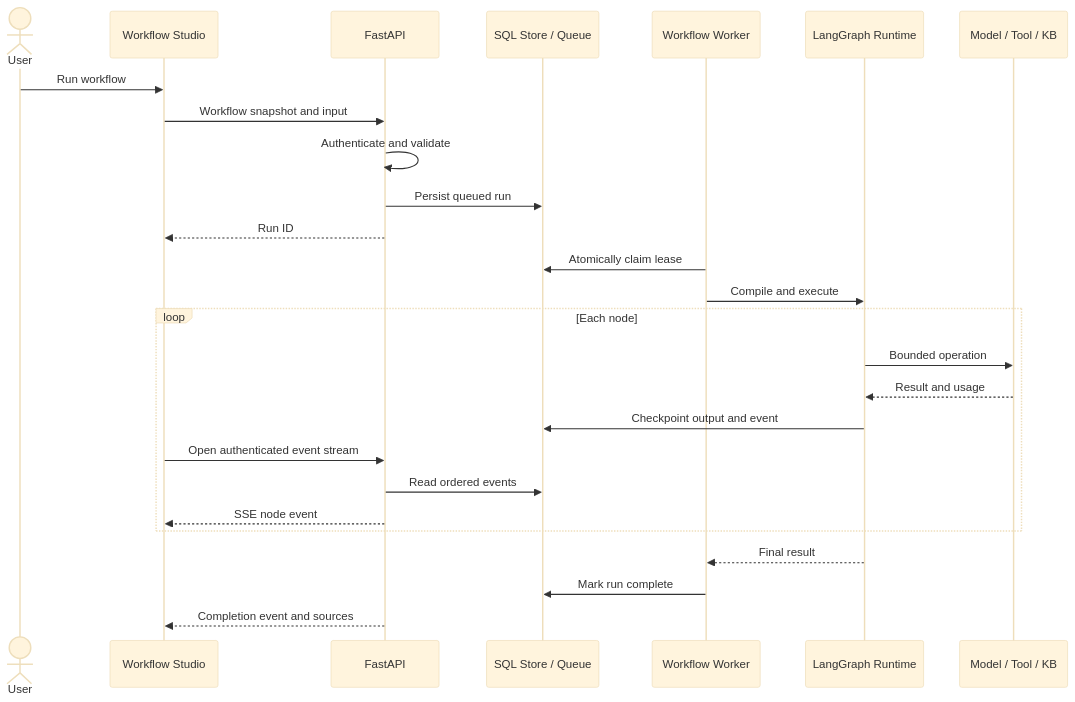
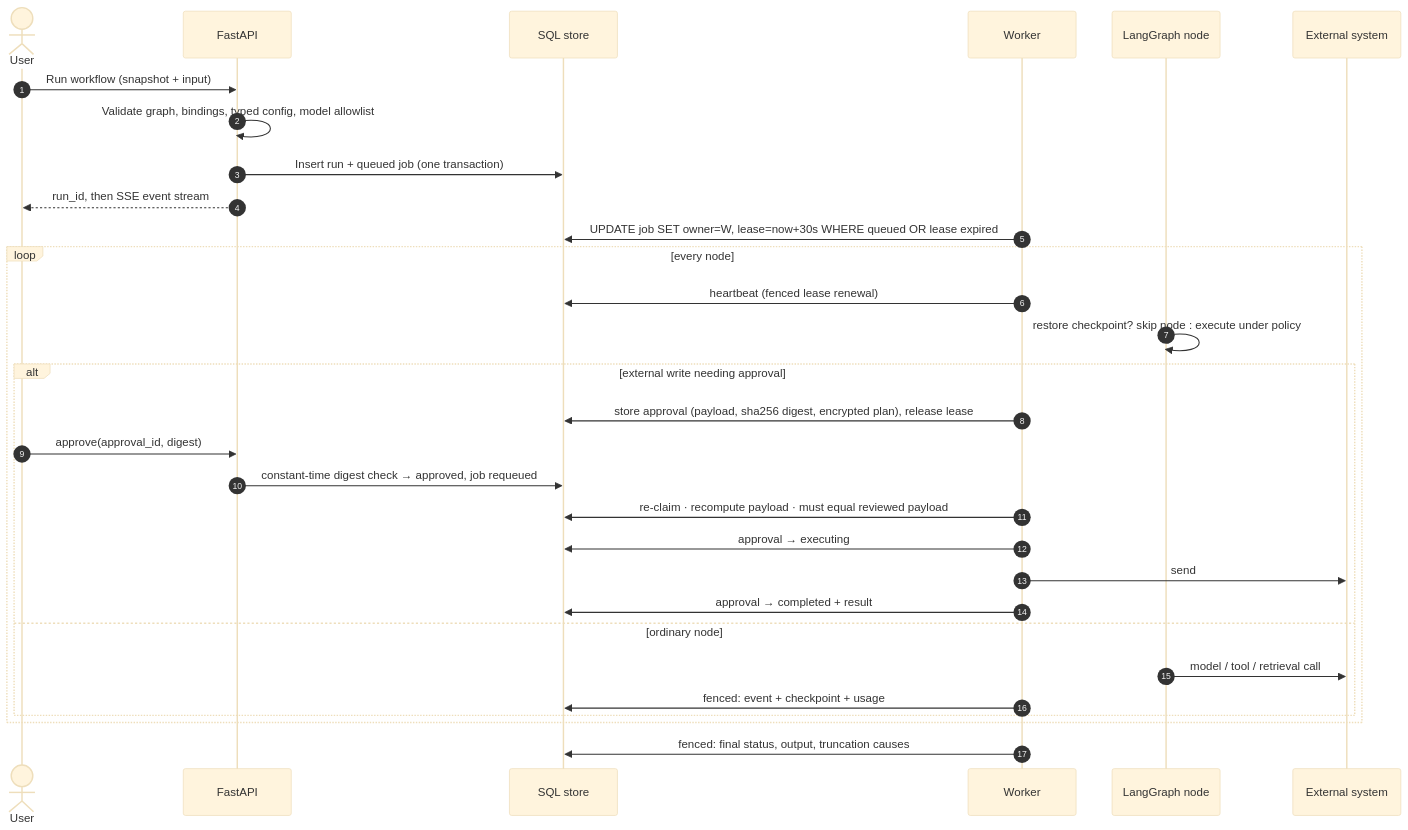
Before and after one commit to SoumithReddy6/Enterprise-No-Code-Agentic-AI-Workflow-Platform: the second of 7 diagrams in README.md, drawn with Mermaid (base theme). The commit also changed other lines of this file and 1 other file, not shown here.

Commit message:
Rewrite README around architecture and production failure modes; keep the full reference in docs

````diff
--- a/README.md
+++ b/README.md
@@ -157,29 +78,33 @@
 ```mermaid
 sequenceDiagram
-    actor User
-    participant UI as Workflow Studio
+    autonumber
+    actor U as User
     participant API as FastAPI
-    participant DB as SQL Store / Queue
-    participant Worker as Workflow Worker
-    participant Graph as LangGraph Runtime
-    participant Provider as Model / Tool / KB
+    participant DB as SQL store
+    participant W as Worker
+    participant G as LangGraph node
+    participant X as External system
 
-    User->>UI: Run workflow
-    UI->>API: Workflow snapshot and input
-    API->>API: Authenticate and validate
-    API->>DB: Persist queued run
-    API-->>UI: Run ID
-    Worker->>DB: Atomically claim lease
-    Worker->>Graph: Compile and execute
-    loop Each node
-        Graph->>Provider: Bounded operation
-        Provider-->>Graph: Result and usage
-        Graph->>DB: Checkpoint output and event
-        UI->>API: Open authenticated event stream
-        API->>DB: Read ordered events
-        API-->>UI: SSE node event
+    U->>API: Run workflow (snapshot + input)
+    API->>API: Validate graph, bindings, typed config, model allowlist
+    API->>DB: Insert run + queued job (one transaction)
+    API-->>U: run_id, then SSE event stream
+    W->>DB: UPDATE job SET owner=W, lease=now+30s WHERE queued OR lease expired
+    loop every node
+        W->>DB: heartbeat (fenced lease renewal)
+        G->>G: restore checkpoint? skip node : execute under policy
+        alt external write needing approval
+            W->>DB: store approval (payload, sha256 digest, encrypted plan), release lease
+            U->>API: approve(approval_id, digest)
+            API->>DB: constant-time digest check → approved, job requeued
+            W->>DB: re-claim · recompute payload · must equal reviewed payload
+            W->>DB: approval → executing
+            W->>X: send
+            W->>DB: approval → completed + result
+        else ordinary node
+            G->>X: model / tool / retrieval call
+            W->>DB: fenced: event + checkpoint + usage
+        end
     end
-    Graph-->>Worker: Final result
-    Worker->>DB: Mark run complete
-    API-->>UI: Completion event and sources
+    W->>DB: fenced: final status, output, truncation causes
 ```
````
